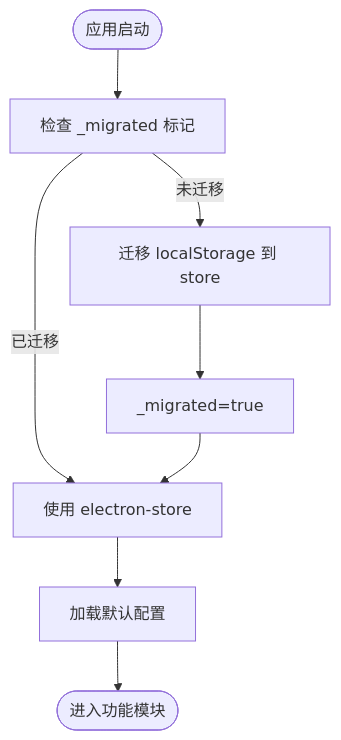
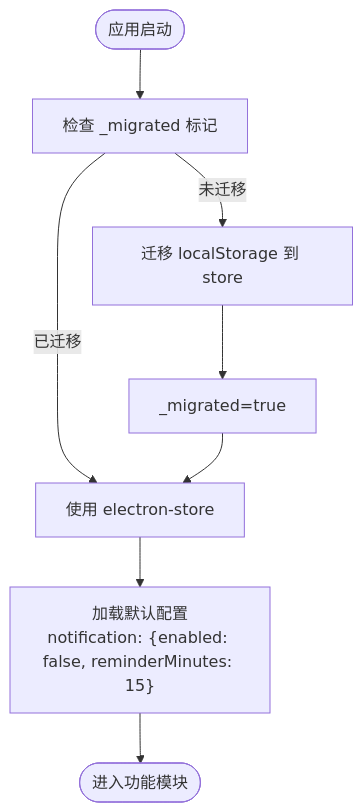
Before and after one commit to Siborne/OJFlow: the fourth of 10 diagrams in .qoder/repowiki/zh/content/系统集成/系统集成.md, drawn with Mermaid. The commit also changed other lines of this file and 23 other files, not shown here.

````diff
--- a/.qoder/repowiki/zh/content/系统集成/系统集成.md
+++ b/.qoder/repowiki/zh/content/系统集成/系统集成.md
@@ -217,10 +252,10 @@
 ```mermaid
 flowchart TD
 Start(["应用启动"]) --> CheckMigrated["检查 _migrated 标记"]
 CheckMigrated --> |已迁移| UseStore["使用 electron-store"]
 CheckMigrated --> |未迁移| Migrate["迁移 localStorage 到 store"]
 Migrate --> MarkDone["_migrated=true"]
 MarkDone --> UseStore
-UseStore --> InitDefaults["加载默认配置"]
+UseStore --> InitDefaults["加载默认配置<br/>notification: {enabled: false, reminderMinutes: 15}"]
 InitDefaults --> Ready(["进入功能模块"])
 ```
````
